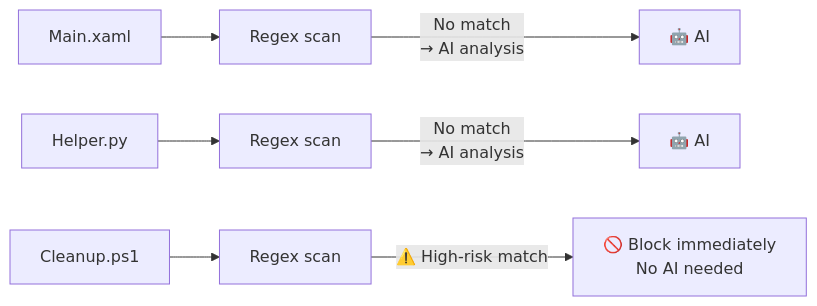
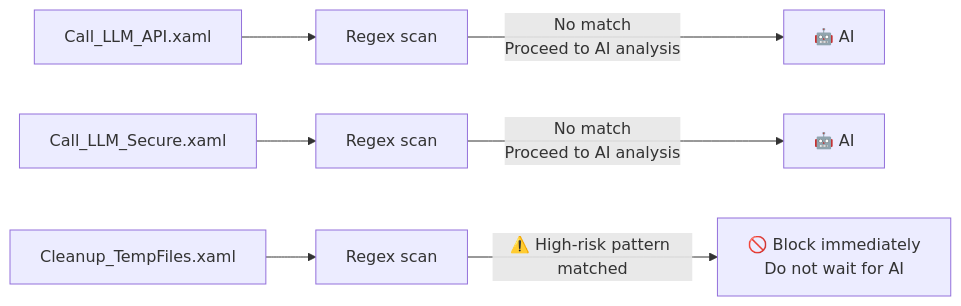
One commit to PolyUxAISecurity/AgentSec-UserDoc changed the second of 4 diagrams in EN/03-first-analysis.md. Above: the diagram before and after it, drawn with Mermaid. The commit also changed other lines of this file and 175 other files, not shown here.

````diff
--- a/EN/03-first-analysis.md
+++ b/EN/03-first-analysis.md
@@ -54,10 +63,10 @@
 ```mermaid
 graph LR
-    A[Main.xaml] --> B1[Regex scan]
-    C[Helper.py] --> B2[Regex scan]
-    D[Cleanup.ps1] --> B3[Regex scan]
+    A[Call_LLM_API.xaml] --> B1[Regex scan]
+    C[Call_LLM_Secure.xaml] --> B2[Regex scan]
+    D[Cleanup_TempFiles.xaml] --> B3[Regex scan]
     
-    B1 -->|"No match<br/>→ AI analysis"| E1["🤖 AI"]
-    B2 -->|"No match<br/>→ AI analysis"| E2["🤖 AI"]
-    B3 -->|"⚠️ High-risk match"| F["🚫 Block immediately<br/>No AI needed"]
+    B1 -->|"No match<br/>Proceed to AI analysis"| E1[🤖 AI]
+    B2 -->|"No match<br/>Proceed to AI analysis"| E2[🤖 AI]
+    B3 -->|"⚠️ High-risk pattern matched"| F["🚫 Block immediately<br/>Do not wait for AI"]
 ```
````
